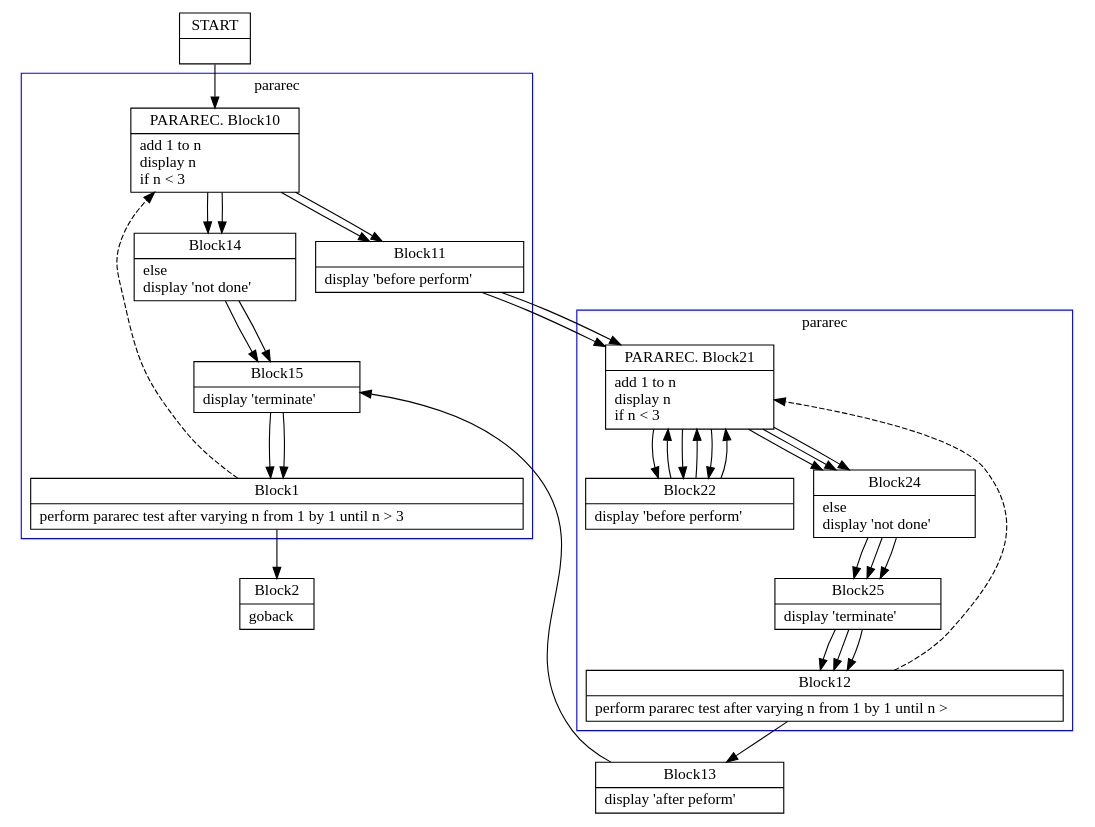
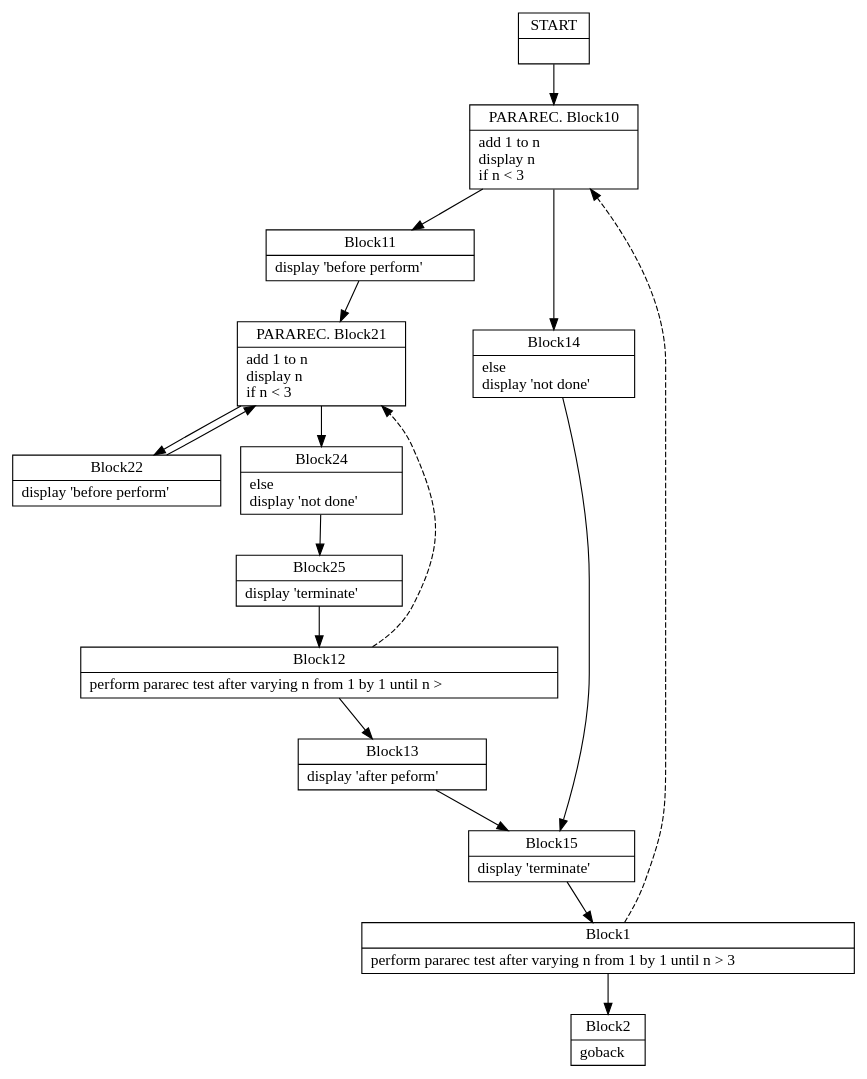
One commit to TypeCobolTeam/TypeCobol changed the diagram in TypeCobol.Analysis.Test/DotOutput/PerformProcIterativeAfterRecursive2.dot. Above: the diagram before and after it, drawn with Graphviz. The commit also changed 12 other files, not shown here.

```diff
--- a/TypeCobol.Analysis.Test/DotOutput/PerformProcIterativeAfterRecursive2.dot
+++ b/TypeCobol.Analysis.Test/DotOutput/PerformProcIterativeAfterRecursive2.dot
@@ -1,129 +1,78 @@
 digraph Cfg {
 compound=true;
 node [
 shape = "record"
 ]
 
 edge [
 arrowtail = "empty"
 ]
 Block0 [
 label = "{START|}"
 ]
 Block10 [
 label = "{PARAREC. Block10|    add 1 to n\l    display n\l    if n \< 3\l}"
 ]
 Block11 [
 label = "{Block11|       display 'before perform'\l}"
 ]
 Block21 [
 label = "{PARAREC. Block21|    add 1 to n\l    display n\l    if n \< 3\l}"
 ]
 Block22 [
 label = "{Block22|       display 'before perform'\l}"
 ]
 Block24 [
 label = "{Block24|    else\l       display 'not done'\l}"
 ]
 Block25 [
 label = "{Block25|    display 'terminate'\l}"
 ]
 Block12 [
 label = "{Block12|       perform pararec test after varying n from 1 by 1 until n \>\l}"
 ]
 subgraph cluster_2{
 color = blue;
 label = "pararec";
-Block21 [
-label = "{PARAREC. Block21|    add 1 to n\l    display n\l    if n \< 3\l}"
-]
-Block22 [
-label = "{Block22|       display 'before perform'\l}"
-]
-Block24 [
-label = "{Block24|    else\l       display 'not done'\l}"
-]
-Block25 [
-label = "{Block25|    display 'terminate'\l}"
-]
-Block21 -> Block22
-Block21 -> Block24
-Block22 -> Block21
-Block24 -> Block25
-Block25 -> Block12
 
 }
 Block12 -> Block21 [style=dashed]
 
 Block13 [
 label = "{Block13|       display 'after peform'\l}"
 ]
 Block15 [
 label = "{Block15|    display 'terminate'\l}"
 ]
 Block1 [
 label = "{Block1|    perform pararec test after varying n from 1 by 1 until n \> 3\l}"
 ]
 subgraph cluster_1{
 color = blue;
 label = "pararec";
-Block10 [
-label = "{PARAREC. Block10|    add 1 to n\l    display n\l    if n \< 3\l}"
-]
-Block11 [
-label = "{Block11|       display 'before perform'\l}"
-]
-Block21 [
-label = "{PARAREC. Block21|    add 1 to n\l    display n\l    if n \< 3\l}"
-]
-Block22 [
-label = "{Block22|       display 'before perform'\l}"
-]
-Block24 [
-label = "{Block24|    else\l       display 'not done'\l}"
-]
-Block25 [
-label = "{Block25|    display 'terminate'\l}"
-]
-Block14 [
-label = "{Block14|    else\l       display 'not done'\l}"
-]
-Block15 [
-label = "{Block15|    display 'terminate'\l}"
-]
-Block10 -> Block11
-Block10 -> Block14
-Block11 -> Block21
-Block21 -> Block22
-Block21 -> Block24
-Block22 -> Block21
-Block24 -> Block25
-Block25 -> Block12
-Block14 -> Block15
-Block15 -> Block1
 
 }
 Block1 -> Block10 [style=dashed]
 
 Block2 [
 label = "{Block2|    goback\l}"
 ]
 Block14 [
 label = "{Block14|    else\l       display 'not done'\l}"
 ]
 Block0 -> Block10
 Block10 -> Block11
 Block10 -> Block14
 Block11 -> Block21
 Block21 -> Block22
 Block21 -> Block24
 Block22 -> Block21
 Block24 -> Block25
 Block25 -> Block12
 Block12 -> Block13
 Block13 -> Block15
 Block15 -> Block1
 Block1 -> Block2
 Block14 -> Block15
 
 }
```
